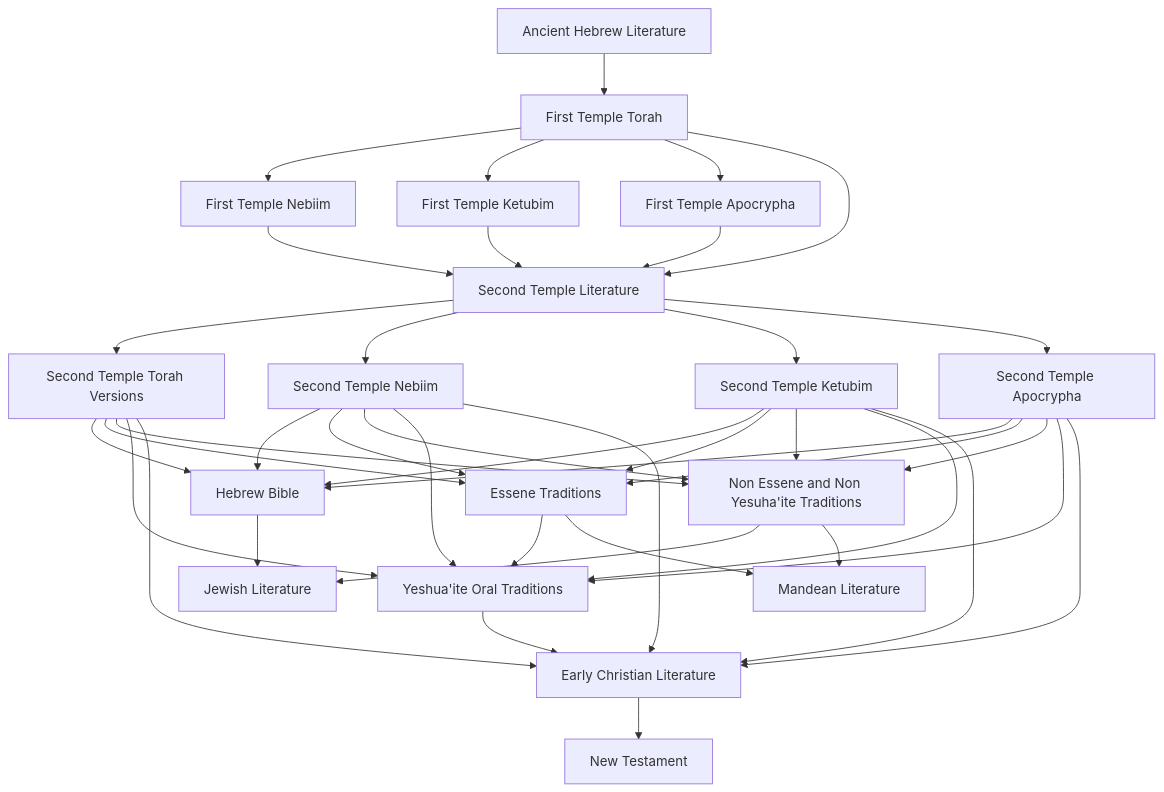
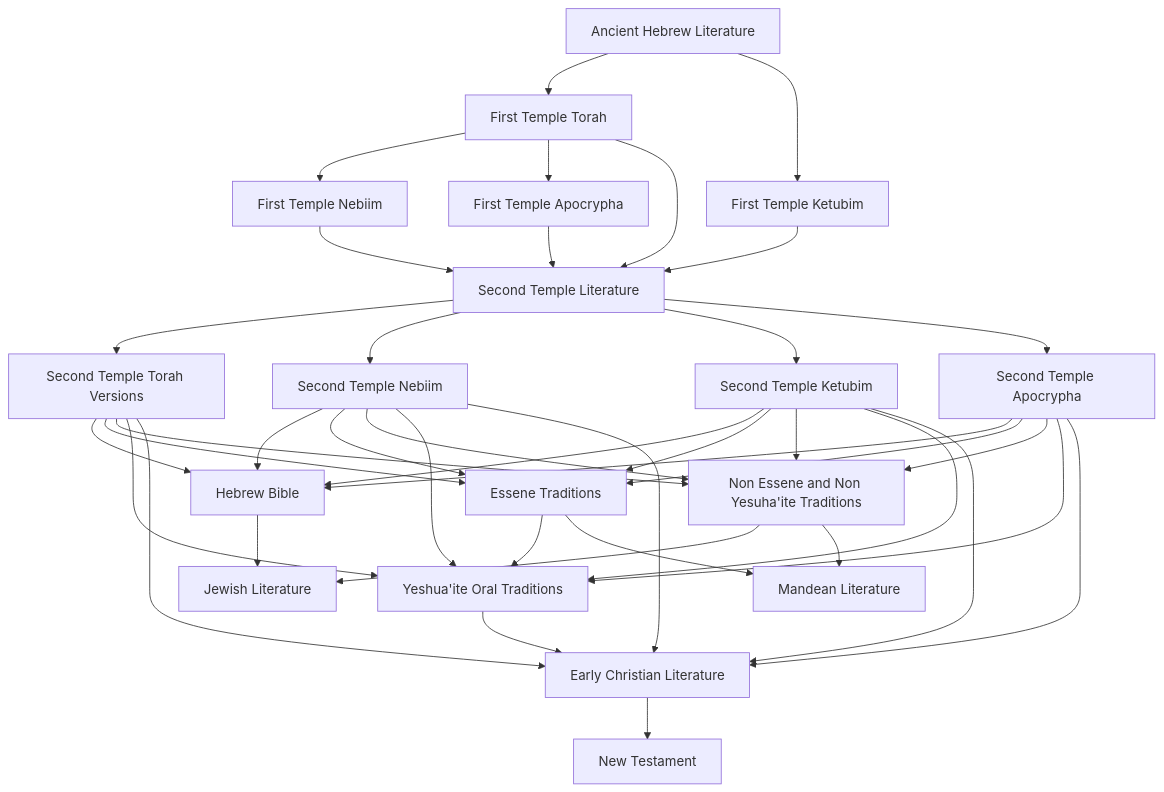
Before and after one commit to bendqh1/mermaid: the diagram in judeo_christian_religious_literature.mermaid, drawn with Mermaid.

```diff
--- a/judeo_christian_religious_literature.mermaid
+++ b/judeo_christian_religious_literature.mermaid
@@ -1,24 +1,24 @@
 flowchart TD
     A1[Ancient Hebrew Literature]
     A1 --> A2[First Temple Torah]
     A2 --> A3[First Temple Nebiim] 
-    A2 --> A4[First Temple Ketubim]
+    A1 --> A4[First Temple Ketubim]
     A2 --> A5[First Temple Apocrypha]
     
     A2 & A3 & A4 & A5 --> B1[Second Temple Literature]
 
     B1 --> B2[Second Temple Torah Versions]
     B1 --> B3[Second Temple Nebiim]
     B1 --> B4[Second Temple Ketubim]
     B1 --> B5[Second Temple Apocrypha]
 
     B2 & B3 & B4 & B5 --> C1[Hebrew Bible]
     B2 & B3 & B4 & B5 --> C2[Essene Traditions]
     B2 & B3 & B4 & B5 --> C3[Non Essene and Non Yesuha'ite Traditions]
     B2 & B3 & B4 & B5 & C2 --> C4[Yeshua'ite Oral Traditions]
 
     C1 & C3 --> D1[Jewish Literature]
     C2 & C3 --> D2[Mandean Literature]
     B2 & B3 & B4 & B5 & C4 --> D3[Early Christian Literature]
 
     D3 --> E1[New Testament]
```
